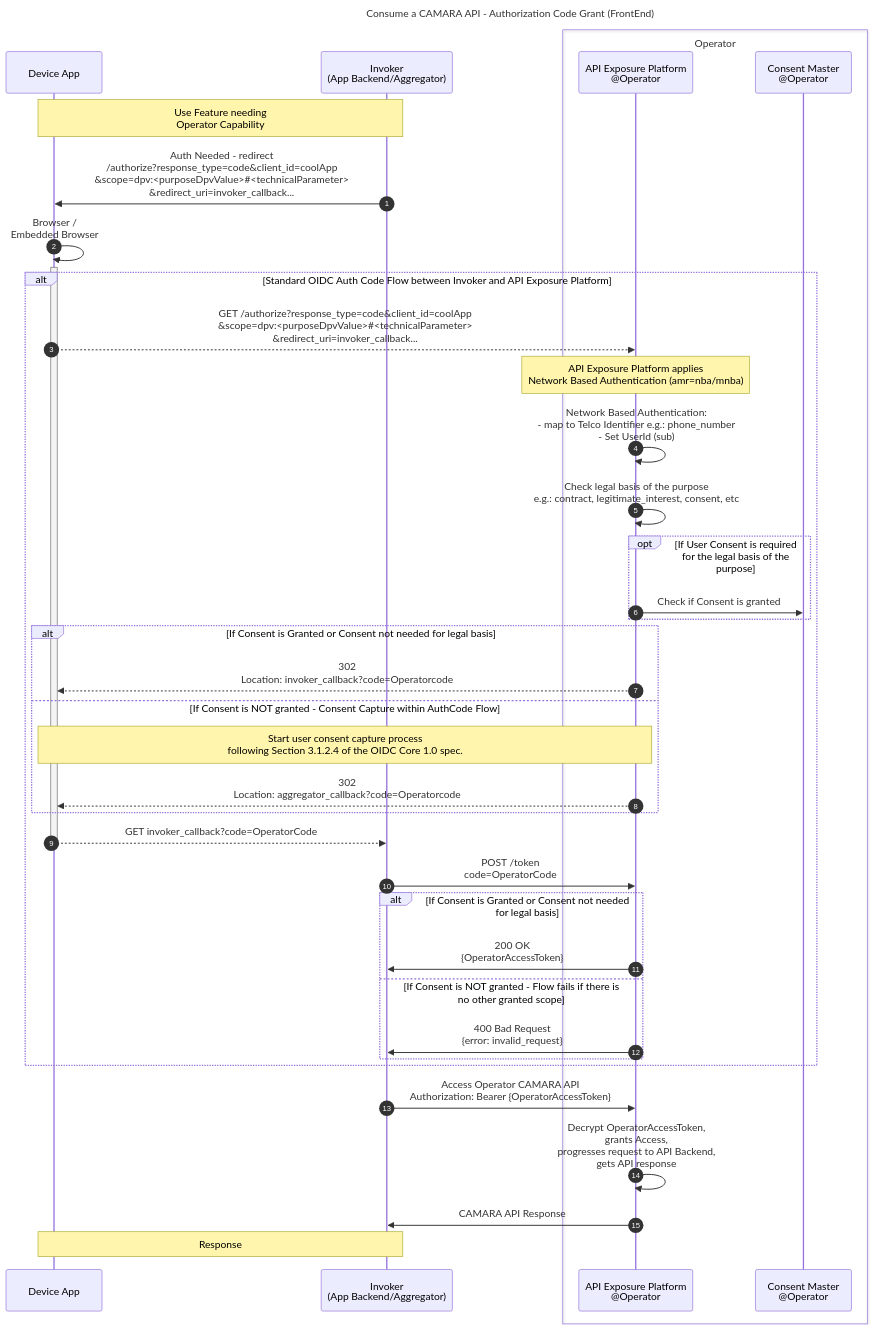
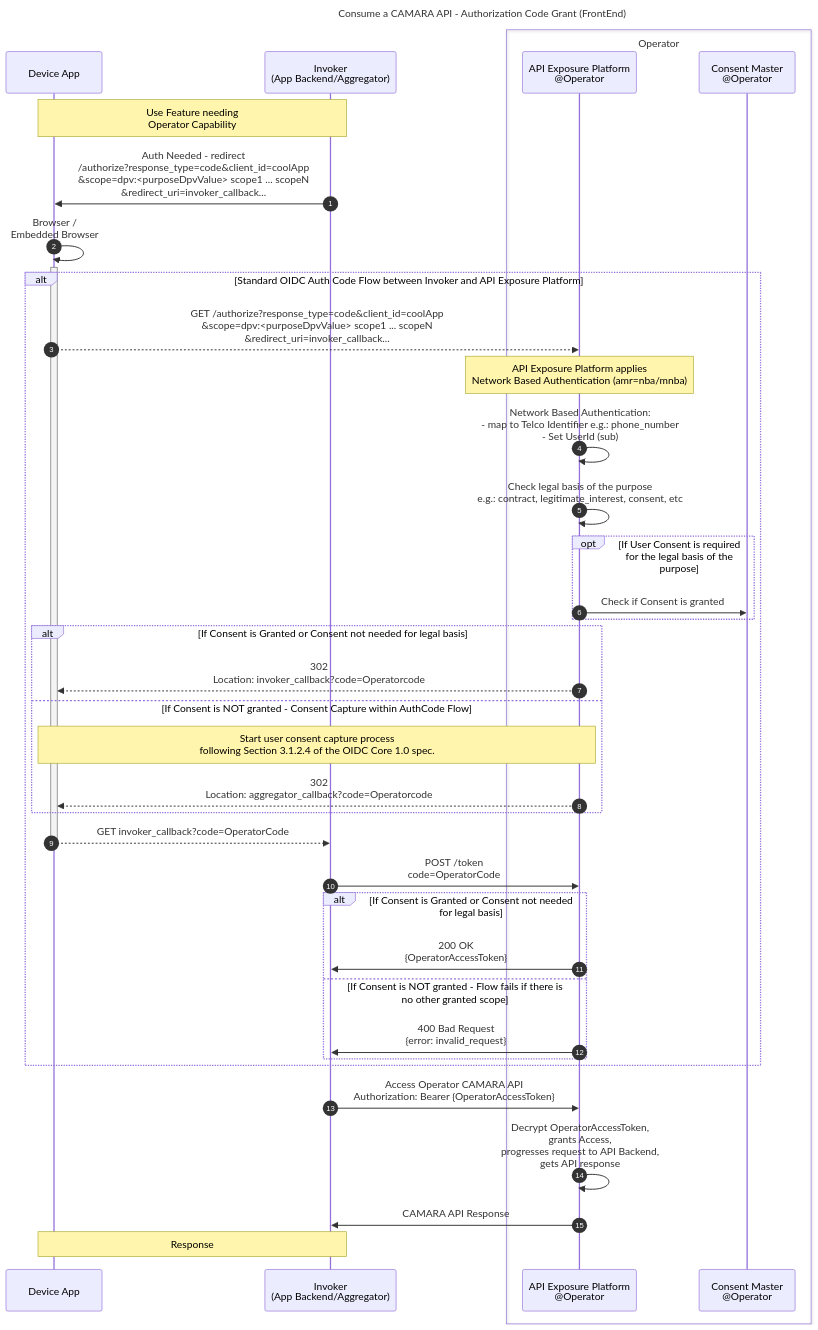
The first of 2 diagrams in documentation/CAMARA-API-access-and-user-consent.md (camaraproject/IdentityAndConsentManagement), drawn with Mermaid before and after one commit. The commit also changed other lines of this file, not shown here.

````diff
--- a/documentation/CAMARA-API-access-and-user-consent.md
+++ b/documentation/CAMARA-API-access-and-user-consent.md
@@ -140,42 +88,42 @@
 ```mermaid
 sequenceDiagram
 autonumber
 title Consume a CAMARA API - Authorization Code Grant (FrontEnd)
 participant FE as Device App
 participant BE as Invoker<br>(App Backend/Aggregator)
 box Operator
   participant ExpO as API Exposure Platform<br>@Operator
   participant Consent as Consent Master<br>@Operator
 end
 
 Note over FE,BE: Use Feature needing<br>Operator Capability  
-BE->>FE: Auth Needed - redirect <br>/authorize?response_type=code&client_id=coolApp<br>&scope=dpv:<purposeDpvValue>#35;<technicalParameter><br>&redirect_uri=invoker_callback...
+BE->>FE: Auth Needed - redirect <br>/authorize?response_type=code&client_id=coolApp<br>&scope=dpv:<purposeDpvValue> scope1 ... scopeN<br>&redirect_uri=invoker_callback...
 FE->>+FE: Browser /<br> Embedded Browser
 alt Standard OIDC Auth Code Flow between Invoker and API Exposure Platform
-  FE-->>ExpO: GET /authorize?response_type=code&client_id=coolApp<br>&scope=dpv:<purposeDpvValue>#35;<technicalParameter><br>&redirect_uri=invoker_callback...
+  FE-->>ExpO: GET /authorize?response_type=code&client_id=coolApp<br>&scope=dpv:<purposeDpvValue> scope1 ... scopeN<br>&redirect_uri=invoker_callback...
   Note over ExpO: API Exposure Platform applies<br>Network Based Authentication (amr=nba/mnba)
   ExpO->>ExpO: Network Based Authentication:<br>- map to Telco Identifier e.g.: phone_number<br>- Set UserId (sub)  
   ExpO->>ExpO: Check legal basis of the purpose<br> e.g.: contract, legitimate_interest, consent, etc 
   opt If User Consent is required for the legal basis of the purpose  
     ExpO->>Consent: Check if Consent is granted    
   end  
   alt If Consent is Granted or Consent not needed for legal basis   
     ExpO-->>FE: 302<br>Location: invoker_callback?code=Operatorcode
   else If Consent is NOT granted - Consent Capture within AuthCode Flow  
     Note over FE,ExpO: Start user consent capture process<br>following Section 3.1.2.4 of the OIDC Core 1.0 spec.    
     ExpO-->>FE: 302<br>Location: aggregator_callback?code=Operatorcode 
   end
   FE-->>-BE: GET invoker_callback?code=OperatorCode
   BE->>ExpO: POST /token<br> code=OperatorCode
   alt If Consent is Granted or Consent not needed for legal basis
     ExpO->>BE: 200 OK <br> {OperatorAccessToken}
   else If Consent is NOT granted - Flow fails if there is no other granted scope
     ExpO->>BE: 400 Bad Request <br> {error: invalid_request}
   end
 end
 
 BE->>ExpO: Access Operator CAMARA API <br> Authorization: Bearer {OperatorAccessToken}        
 ExpO->>ExpO: Decrypt OperatorAccessToken,<br>grants Access,<br>progresses request to API Backend,<br>gets API response  
 ExpO->>BE: CAMARA API Response
 Note over BE,FE: Response
 ```
````
